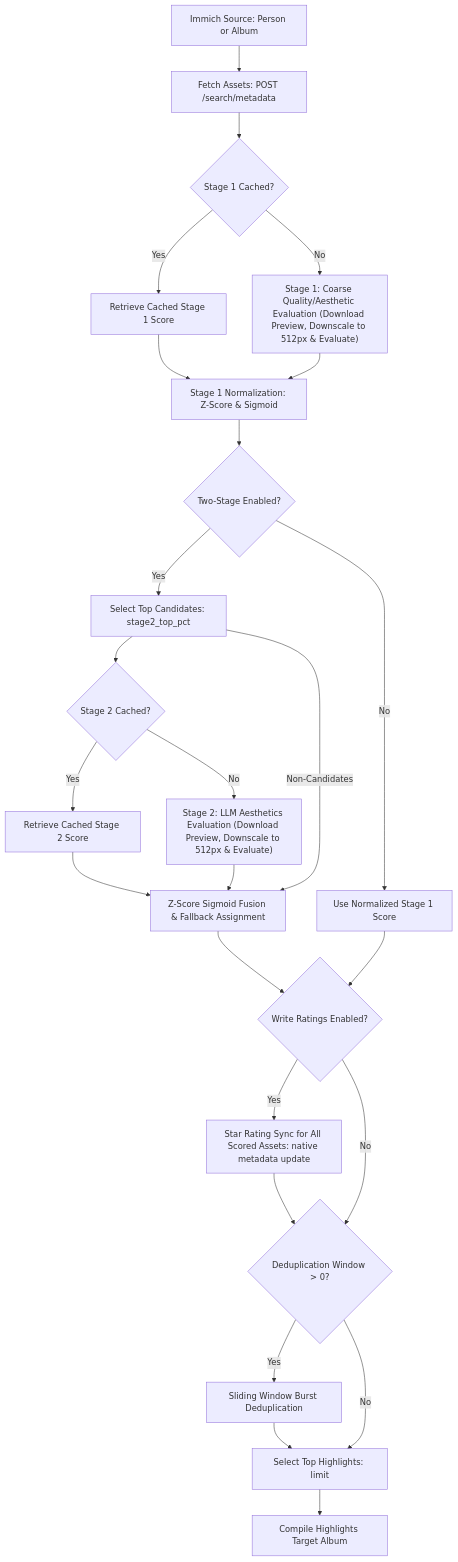
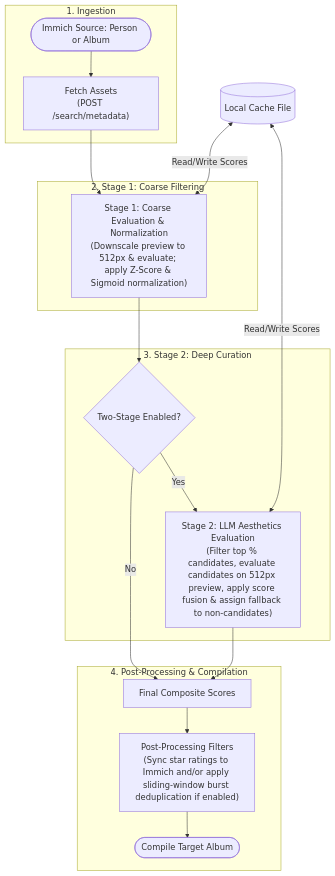
The diagram in README.md (jbelew/immich-aesthetic-scorer), drawn with Mermaid before and after one commit.

Commit message:
docs: simplify system architecture Mermaid diagram in README.md

````diff
--- a/README.md
+++ b/README.md
@@ -17,38 +17,30 @@
 ```mermaid
 graph TD
-    A[Immich Source: Person or Album] --> B[Fetch Assets: POST /search/metadata]
-    B --> C{Stage 1 Cached?}
+    %% Ingestion Phase
+    subgraph Ingestion [1. Ingestion]
+        A([Immich Source: Person or Album]) --> B["Fetch Assets<br>(POST /search/metadata)"]
+    end
 
-    C -->|Yes| D[Retrieve Cached Stage 1 Score]
-    C -->|No| E["Stage 1: Coarse Quality/Aesthetic Evaluation (Download Preview, Downscale to 512px & Evaluate)"]
+    %% Stage 1 Filtering
+    subgraph Stage1 [2. Stage 1: Coarse Filtering]
+        B --> C["Stage 1: Coarse Evaluation & Normalization<br>(Downscale preview to 512px & evaluate; apply Z-Score & Sigmoid normalization)"]
+    end
 
-    D --> F[Stage 1 Normalization: Z-Score & Sigmoid]
-    E --> F
+    %% Stage 2 Deep Curation
+    subgraph Stage2 [3. Stage 2: Deep Curation]
+        C --> D{Two-Stage Enabled?}
+        D -->|Yes| E["Stage 2: LLM Aesthetics Evaluation<br>(Filter top % candidates, evaluate candidates on 512px preview, apply score fusion & assign fallback to non-candidates)"]
+    end
 
-    F --> G{Two-Stage Enabled?}
+    %% Post-Processing & Album Compilation
+    subgraph PostProcessing [4. Post-Processing & Compilation]
+        D -->|No| F[Final Composite Scores]
+        E --> F
+        F --> G["Post-Processing Filters<br>(Sync star ratings to Immich and/or apply sliding-window burst deduplication if enabled)"]
+        G --> H([Compile Target Album])
+    end
 
-    G -->|Yes| H[Select Top Candidates: stage2_top_pct]
-    H --> I{Stage 2 Cached?}
-
-    I -->|Yes| J[Retrieve Cached Stage 2 Score]
-    I -->|No| K["Stage 2: LLM Aesthetics Evaluation (Download Preview, Downscale to 512px & Evaluate)"]
-
-    J --> L[Z-Score Sigmoid Fusion & Fallback Assignment]
-    K --> L
-    H -->|Non-Candidates| L
-
-    G -->|No| M[Use Normalized Stage 1 Score]
-
-    L --> N{Write Ratings Enabled?}
-    M --> N
-
-    N -->|Yes| O[Star Rating Sync for All Scored Assets: native metadata update]
-    O --> P{Deduplication Window > 0?}
-    N -->|No| P
-
-    P -->|Yes| Q[Sliding Window Burst Deduplication]
-    Q --> R[Select Top Highlights: limit]
-    P -->|No| R
-
-    R --> S[Compile Highlights Target Album]
+    %% Cache Storage
+    Cache[(Local Cache File)] <-->|Read/Write Scores| C
+    Cache <-->|Read/Write Scores| E
 ```
````
